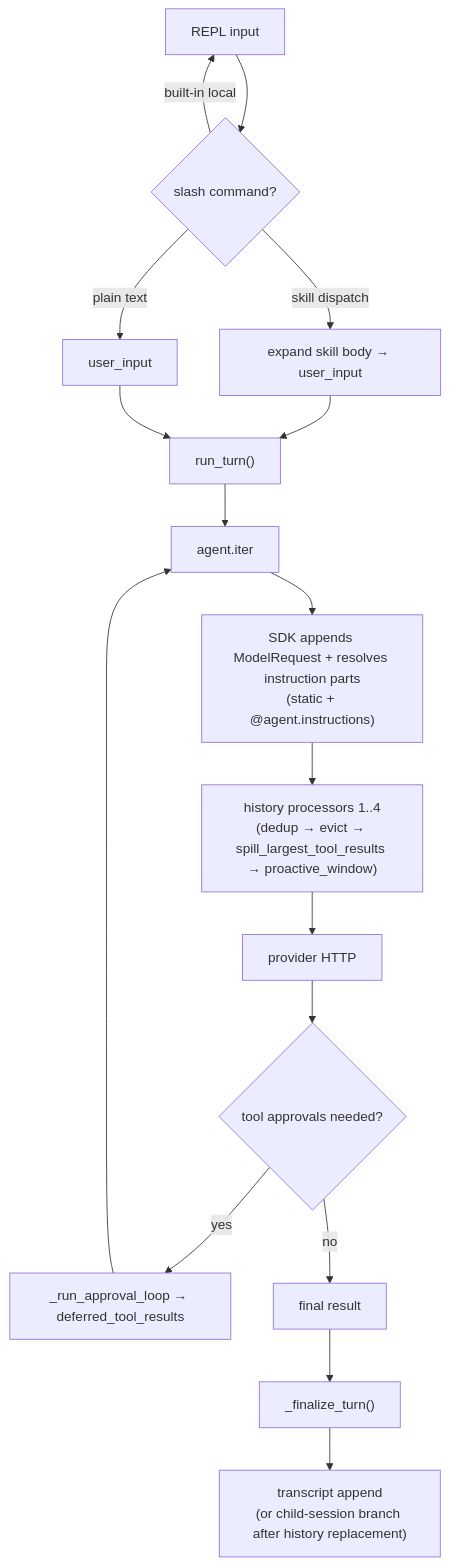
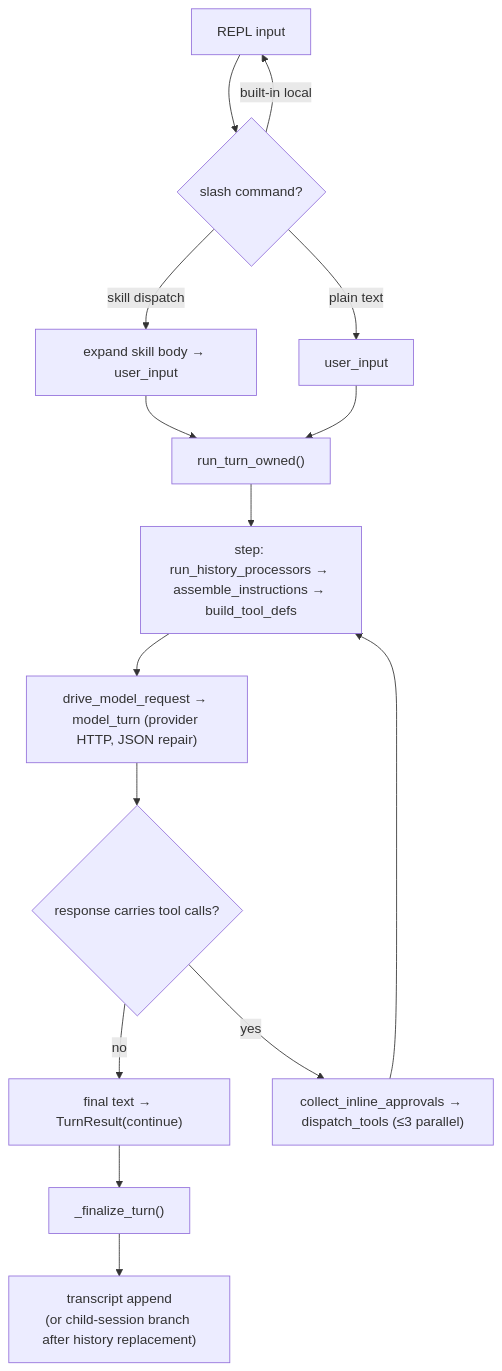
The first of 2 diagrams in docs/specs/core-loop.md (binlecode/co-cli), drawn with Mermaid before and after one commit. The commit also changed other lines of this file and 20 other files, not shown here.

````diff
--- a/docs/specs/core-loop.md
+++ b/docs/specs/core-loop.md
@@ -27,21 +27,19 @@
 ```mermaid
 flowchart TD
     A["REPL input"] --> B{"slash command?"}
     B -->|built-in local| A
     B -->|skill dispatch| C["expand skill body → user_input"]
     B -->|plain text| D["user_input"]
-    C --> E["run_turn()"]
+    C --> E["run_turn_owned()"]
     D --> E
 
-    E --> F["agent.iter"]
-    F --> G["SDK appends ModelRequest + resolves instruction parts<br/>(static + @agent.instructions)"]
-    G --> H["history processors 1..4<br/>(dedup → evict → spill_largest_tool_results → proactive_window)"]
-    H --> I["provider HTTP"]
-    I --> J{"tool approvals needed?"}
-    J -->|yes| K["_run_approval_loop → deferred_tool_results"]
+    E --> F["step: run_history_processors → assemble_instructions → build_tool_defs"]
+    F --> G["drive_model_request → model_turn (provider HTTP, JSON repair)"]
+    G --> H{"response carries tool calls?"}
+    H -->|no| L["final text → TurnResult(continue)"]
+    H -->|yes| K["collect_inline_approvals → dispatch_tools (≤3 parallel)"]
     K --> F
-    J -->|no| L["final result"]
 
     L --> M["_finalize_turn()"]
     M --> N["transcript append<br/>(or child-session branch after history replacement)"]
 ```
````
